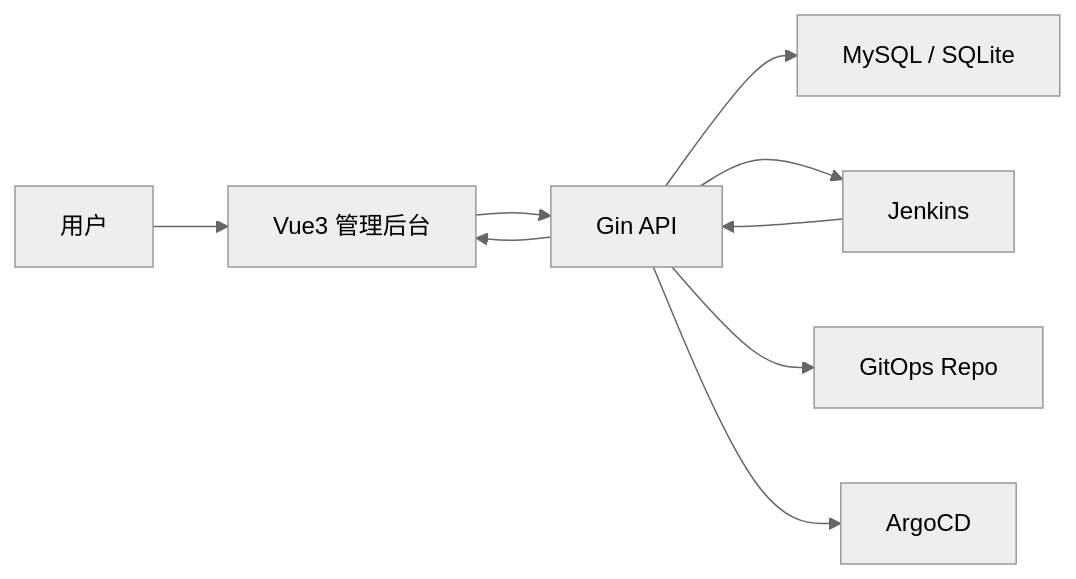
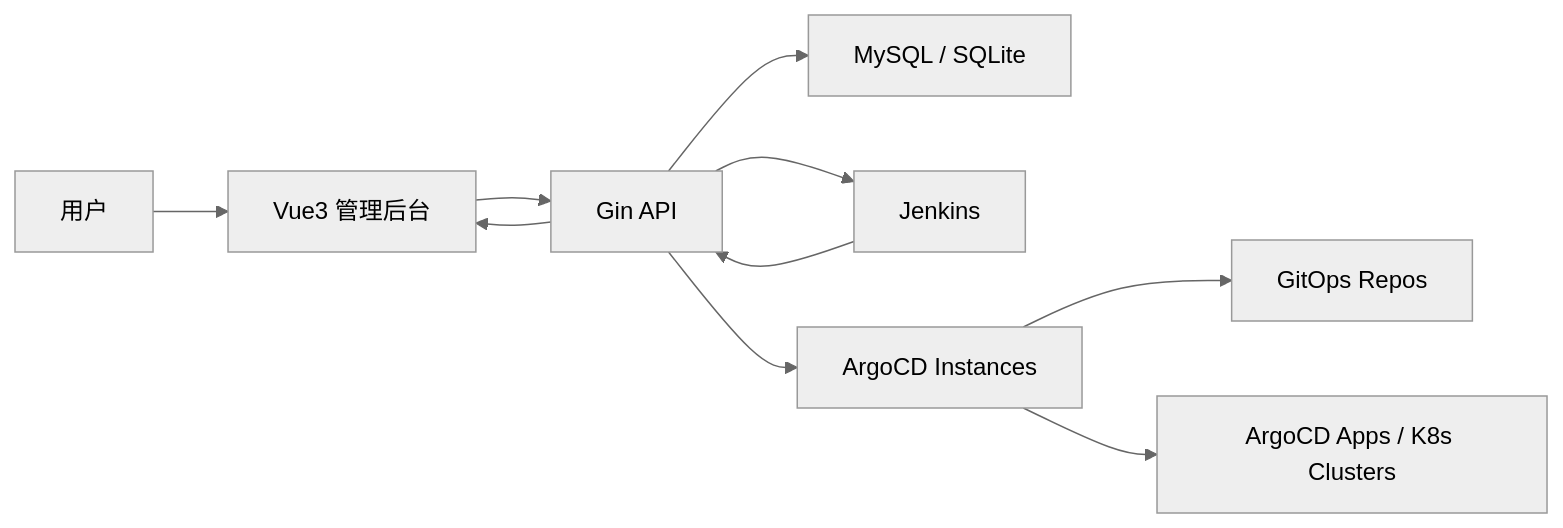
One commit to yl1664907302/gos changed the diagram in README.md. Above: the diagram before and after it, drawn with Mermaid (neutral theme). The commit also changed other lines of this file and 40 other files, not shown here.

````diff
--- a/README.md
+++ b/README.md
@@ -69,11 +77,12 @@
 ```mermaid
 flowchart LR
     U["用户"] --> F["Vue3 管理后台"]
     F --> B["Gin API"]
     B --> D["MySQL / SQLite"]
     B --> J["Jenkins"]
-    B --> G["GitOps Repo"]
-    B --> A["ArgoCD"]
+    B --> AI["ArgoCD Instances"]
+    AI --> G["GitOps Repos"]
+    AI --> A["ArgoCD Apps / K8s Clusters"]
     J --> B
     B --> F
 ```
````
